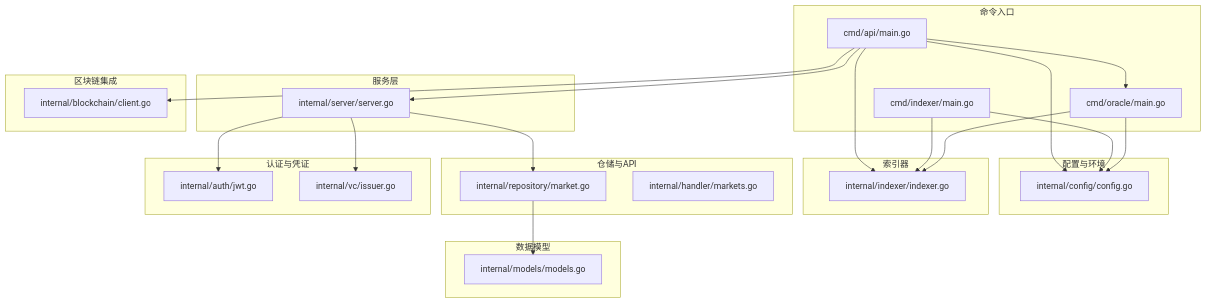
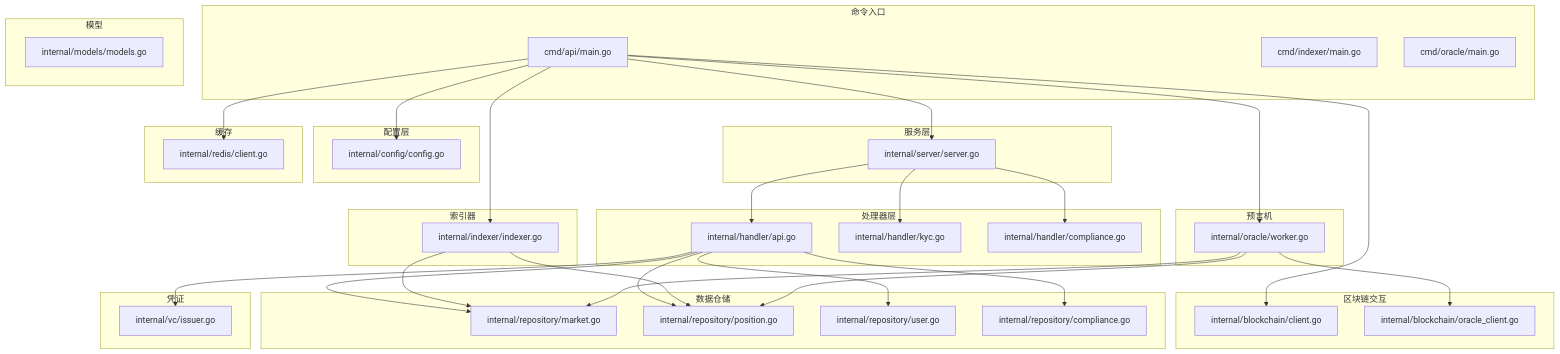
One commit to SimonHofman/PredictionDIDSimple changed the first of 5 diagrams in backend/.qoder/repowiki/zh/content/项目概述.md. Above: the diagram before and after it, drawn with Mermaid. The commit also changed other lines of this file and 162 other files, not shown here.

````diff
--- a/backend/.qoder/repowiki/zh/content/项目概述.md
+++ b/backend/.qoder/repowiki/zh/content/项目概述.md
@@ -69,44 +62,63 @@
 ```mermaid
 graph TB
 subgraph "命令入口"
-API["cmd/api/main.go"]
-IDX["cmd/indexer/main.go"]
-ORA["cmd/oracle/main.go"]
-end
-subgraph "配置与环境"
-CFG["internal/config/config.go"]
+CMD_API["cmd/api/main.go"]
+CMD_IDX["cmd/indexer/main.go"]
+CMD_ORA["cmd/oracle/main.go"]
 end
 subgraph "服务层"
 SRV["internal/server/server.go"]
 end
-subgraph "区块链集成"
+subgraph "处理器层"
+H_API["internal/handler/api.go"]
+H_KYC["internal/handler/kyc.go"]
+H_CMP["internal/handler/compliance.go"]
+end
+subgraph "配置层"
+CFG["internal/config/config.go"]
+end
+subgraph "区块链交互"
 BC["internal/blockchain/client.go"]
+ORA_BC["internal/blockchain/oracle_client.go"]
+end
+subgraph "数据仓储"
+REP_MKT["internal/repository/market.go"]
+REP_POS["internal/repository/position.go"]
+REP_USER["internal/repository/user.go"]
+REP_CMP["internal/repository/compliance.go"]
+end
+subgraph "模型"
+MOD["internal/models/models.go"]
 end
 subgraph "索引器"
-IDXMOD["internal/indexer/indexer.go"]
+IDX["internal/indexer/indexer.go"]
 end
-subgraph "数据模型"
-MOD["internal/models/models.go"]
+subgraph "预言机"
+ORA_W["internal/oracle/worker.go"]
 end
-subgraph "仓储与API"
-MR["internal/repository/market.go"]
-MH["internal/handler/markets.go"]
-end
-subgraph "认证与凭证"
-AUTH["internal/auth/jwt.go"]
+subgraph "凭证"
 VC["internal/vc/issuer.go"]
 end
-API --> CFG
-API --> SRV
-API --> BC
-API --> IDXMOD
-API --> ORA
-SRV --> MR
-SRV --> AUTH
-SRV --> VC
-IDX --> CFG
-IDX --> IDXMOD
-ORA --> CFG
-ORA --> IDXMOD
-MR --> MOD
+subgraph "缓存"
+RDS["internal/redis/client.go"]
+end
+CMD_API --> SRV
+SRV --> H_API
+SRV --> H_KYC
+SRV --> H_CMP
+CMD_API --> CFG
+CMD_API --> BC
+CMD_API --> RDS
+CMD_API --> IDX
+CMD_API --> ORA_W
+H_API --> REP_MKT
+H_API --> REP_POS
+H_API --> REP_USER
+H_API --> REP_CMP
+H_API --> VC
+IDX --> REP_MKT
+IDX --> REP_POS
+ORA_W --> REP_MKT
+ORA_W --> REP_POS
+ORA_W --> ORA_BC
 ```
````
